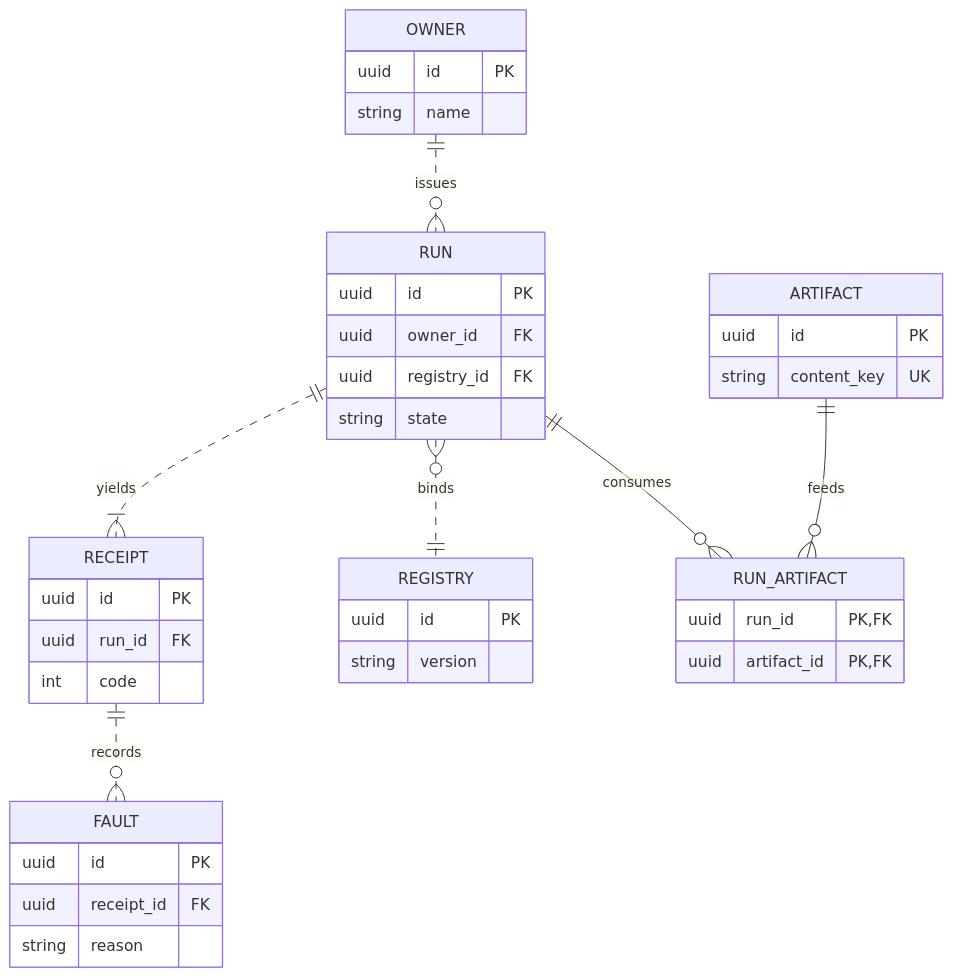
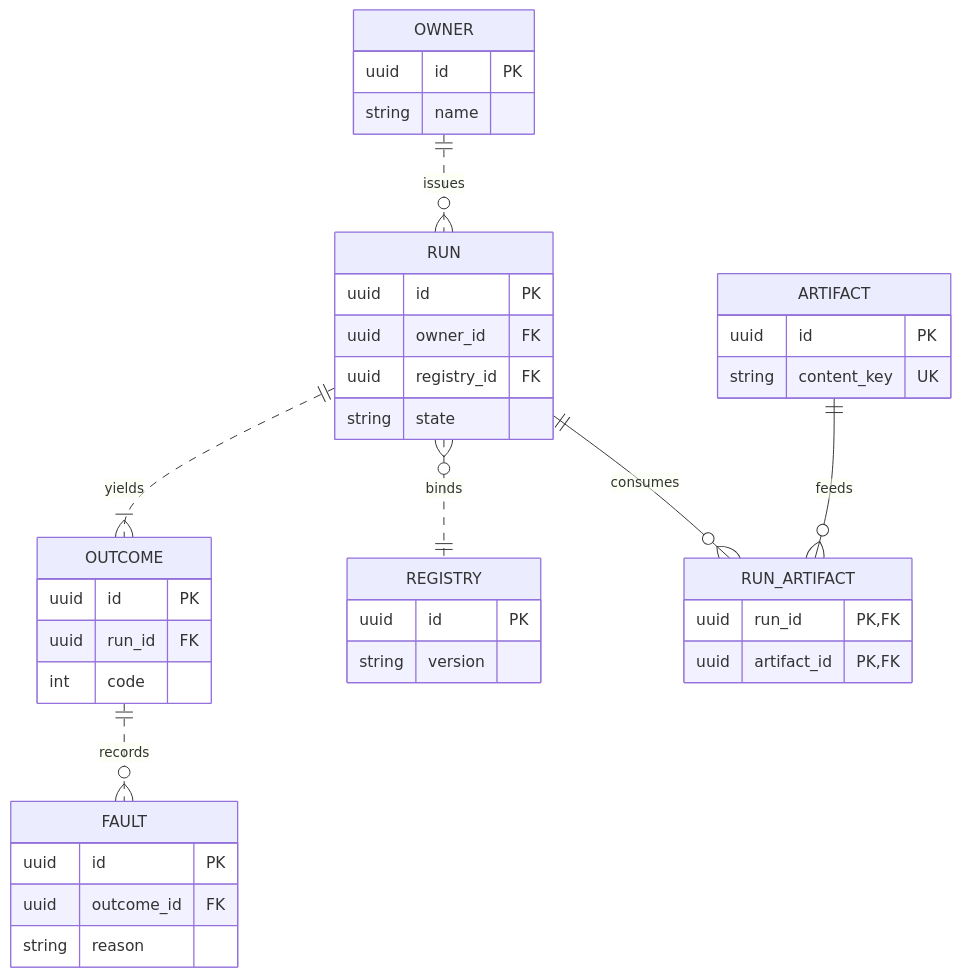
The diagram in .claude/skills/mermaid-diagramming/templates/schema.mmd.md (bsamiee/Rasm), drawn with Mermaid before and after one commit. The commit also changed 1417 other files, not shown here.

````diff
--- a/.claude/skills/mermaid-diagramming/templates/schema.mmd.md
+++ b/.claude/skills/mermaid-diagramming/templates/schema.mmd.md
@@ -5,43 +5,43 @@
 ```mermaid
 erDiagram
     accTitle: Artifact index schema
-    accDescr: Runs issued by an owner yielding receipts and faults, consuming content-keyed artifacts through an identifying junction, bound to an externally owned tool registry, with non-identifying relations dashed.
+    accDescr: Runs issued by an owner yielding outcomes and faults, consuming content-keyed artifacts through an identifying junction, bound to an externally owned tool registry, with non-identifying relations dashed.
     OWNER ||..o{ RUN : issues
-    RUN ||..|{ RECEIPT : yields
+    RUN ||..|{ OUTCOME : yields
     RUN }o..|| REGISTRY : binds
-    RECEIPT ||..o{ FAULT : records
+    OUTCOME ||..o{ FAULT : records
     RUN ||--o{ RUN_ARTIFACT : consumes
     ARTIFACT ||--o{ RUN_ARTIFACT : feeds
     OWNER {
         uuid id PK
         string name
     }
     RUN {
         uuid id PK
         uuid owner_id FK
         uuid registry_id FK
         string state
     }
-    RECEIPT {
+    OUTCOME {
         uuid id PK
         uuid run_id FK
         int code
     }
     REGISTRY {
         uuid id PK
         string version
     }
     FAULT {
         uuid id PK
-        uuid receipt_id FK
+        uuid outcome_id FK
         string reason
     }
     ARTIFACT {
         uuid id PK
         string content_key UK
     }
     RUN_ARTIFACT {
         uuid run_id PK, FK
         uuid artifact_id PK, FK
     }
 ```
````
